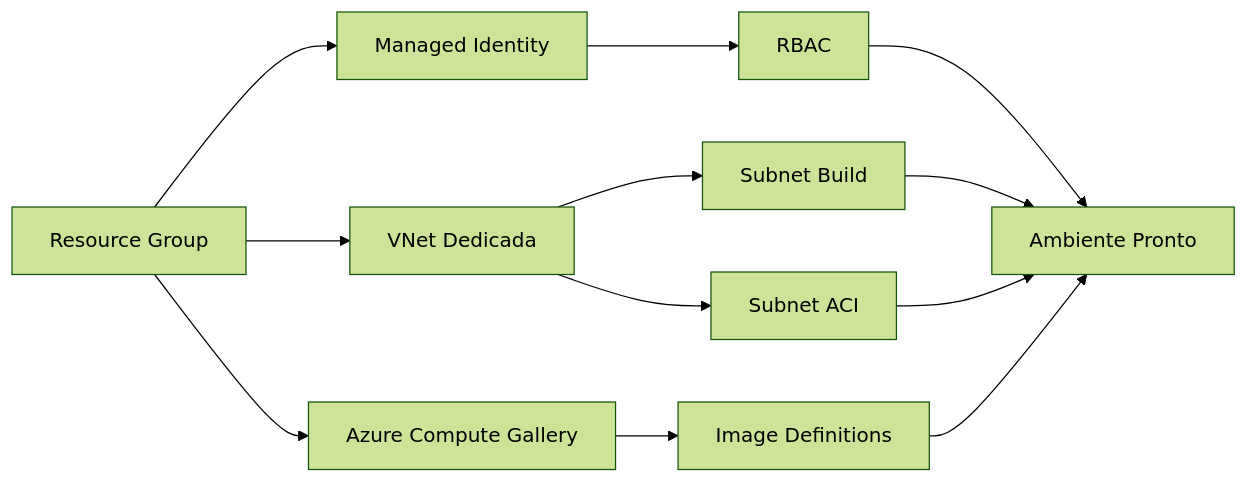
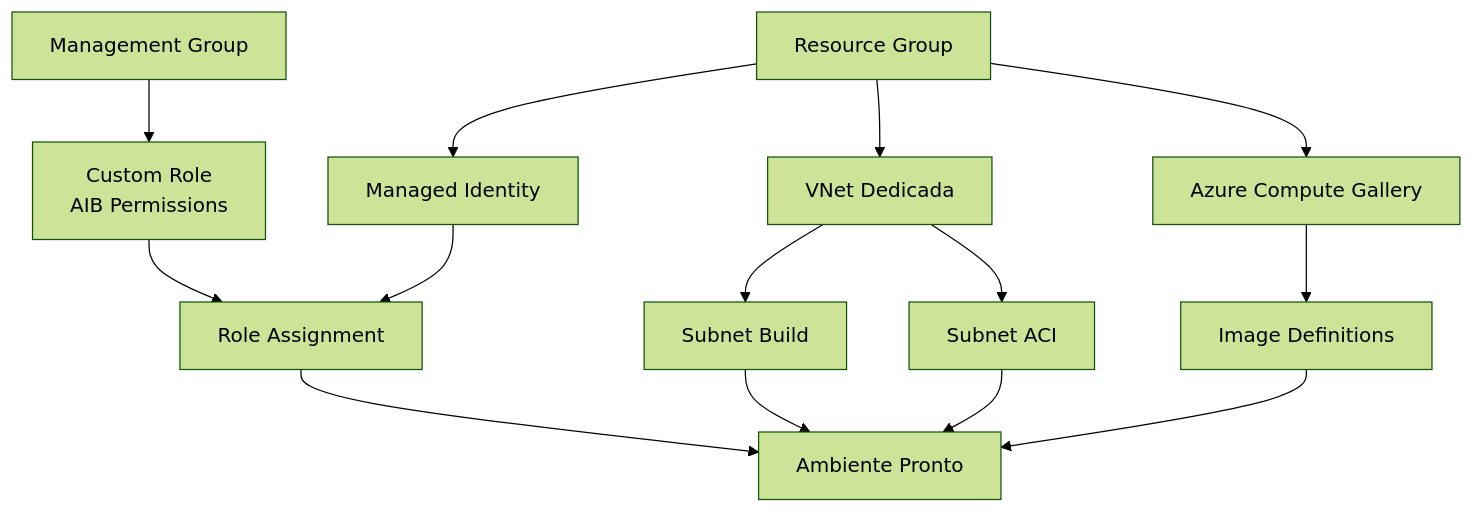
The second of 2 diagrams in _posts/2026/2026-06-07-azure-image-builder-windows-linux.md (lfrleite/lfrleite.github.io), drawn with Mermaid (forest theme) before and after one commit. The commit also changed other lines of this file, not shown here.

Commit message:
Artigo - Azure Image Builder

````diff
--- a/_posts/2026/2026-06-07-azure-image-builder-windows-linux.md
+++ b/_posts/2026/2026-06-07-azure-image-builder-windows-linux.md
@@ -115,17 +103,20 @@
 ```mermaid
-flowchart LR
-    A["Resource Group"] --> B["VNet Dedicada"]
-    B --> C["Subnet Build"]
-    B --> D["Subnet ACI"]
+flowchart TB
+    MG["Management Group"] --> CR["Custom Role<br/>AIB Permissions"]
 
-    A --> E["Managed Identity"]
-    E --> F["RBAC"]
+    RG["Resource Group"] --> VNET["VNet Dedicada"]
+    VNET --> SB["Subnet Build"]
+    VNET --> SA["Subnet ACI"]
 
-    A --> G["Azure Compute Gallery"]
-    G --> H["Image Definitions"]
+    RG --> MI["Managed Identity"]
+    CR --> RA["Role Assignment"]
+    MI --> RA
 
-    F --> I["Ambiente Pronto"]
-    C --> I
-    D --> I
-    H --> I
+    RG --> ACG["Azure Compute Gallery"]
+    ACG --> IDF["Image Definitions"]
+
+    RA --> READY["Ambiente Pronto"]
+    SB --> READY
+    SA --> READY
+    IDF --> READY
 ```
````
